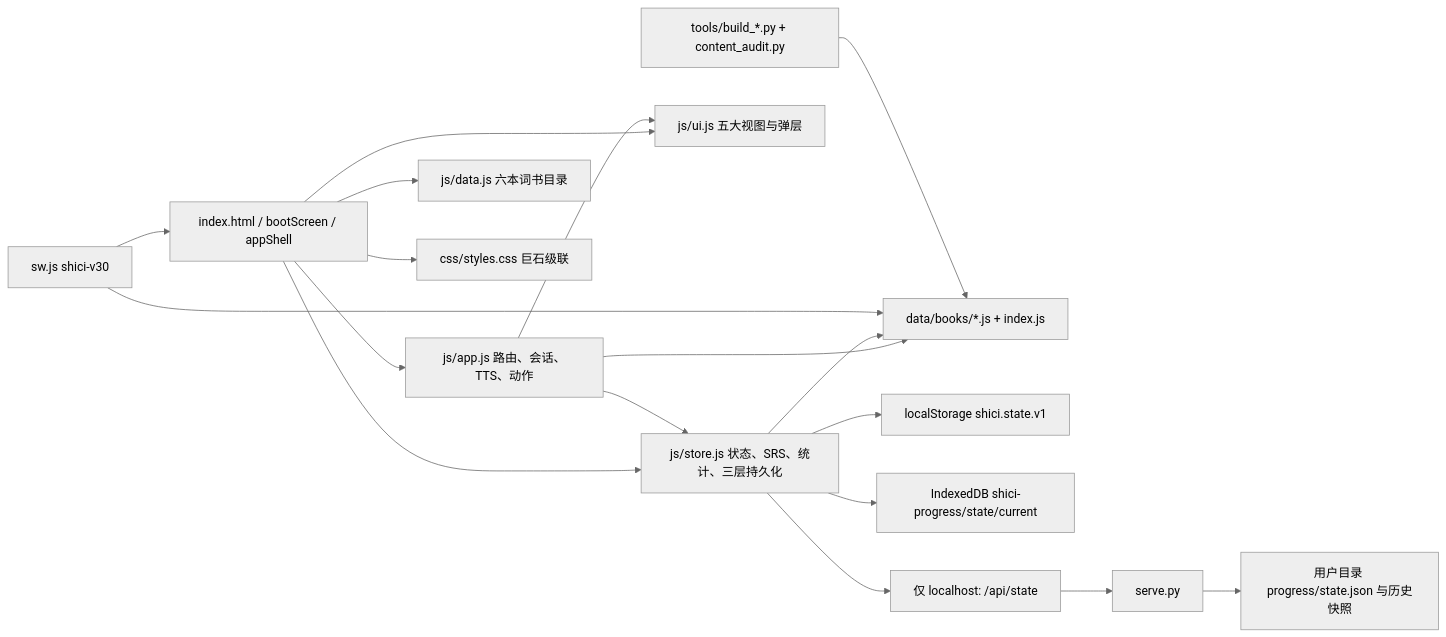
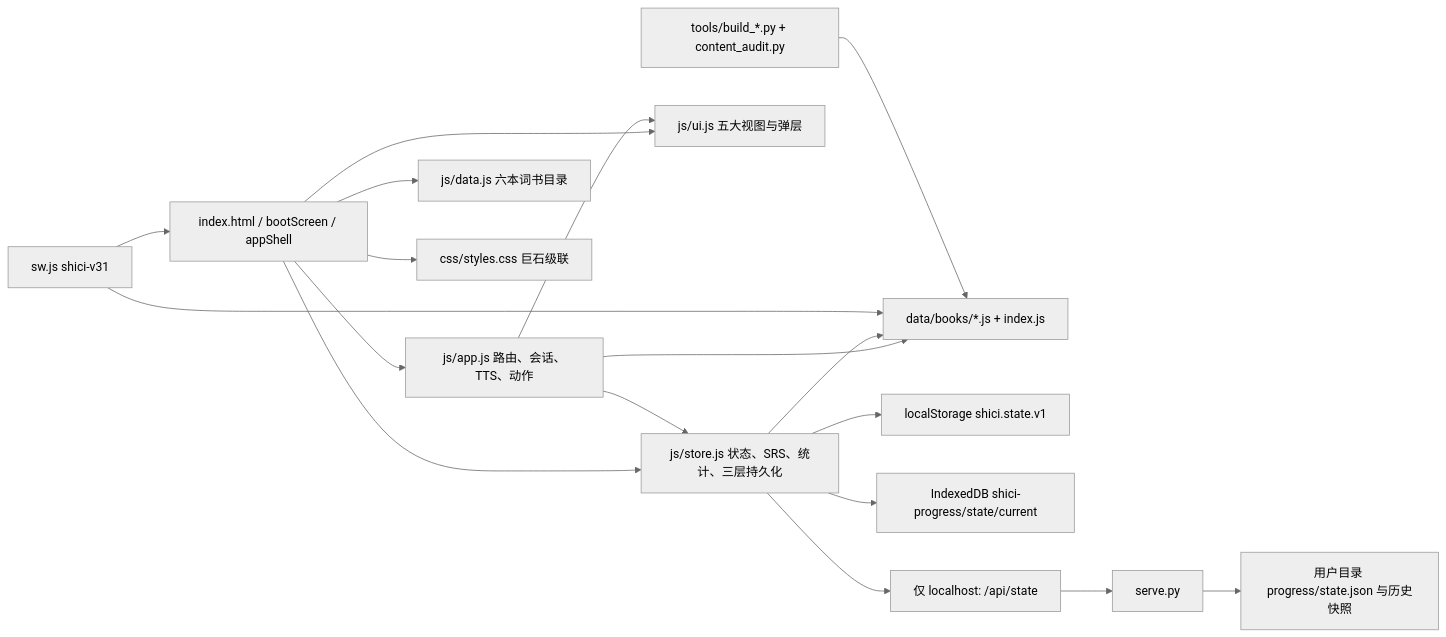
Before and after one commit to weijialiang2023/shici: the first of 7 diagrams in docs/system_design.md, drawn with Mermaid (neutral theme). The commit also changed other lines of this file and 14 other files, not shown here.

````diff
--- a/docs/system_design.md
+++ b/docs/system_design.md
@@ -11,20 +11,20 @@
 ```mermaid
 flowchart LR
     H[index.html / bootScreen / appShell] --> A[js/app.js 路由、会话、TTS、动作]
     H --> S[js/store.js 状态、SRS、统计、三层持久化]
     H --> U[js/ui.js 五大视图与弹层]
     H --> D[js/data.js 六本词书目录]
     H --> CSS[css/styles.css 巨石级联]
     A --> S
     A --> U
     A --> B[data/books/*.js + index.js]
     S --> B
     S --> L[localStorage shici.state.v1]
     S --> I[IndexedDB shici-progress/state/current]
     S --> API[仅 localhost: /api/state]
     API --> PY[serve.py]
     PY --> P[用户目录 progress/state.json 与历史快照]
-    SW[sw.js shici-v30] --> H
+    SW[sw.js shici-v31] --> H
     SW --> B
     ETL[tools/build_*.py + content_audit.py] --> B
 ```
````
